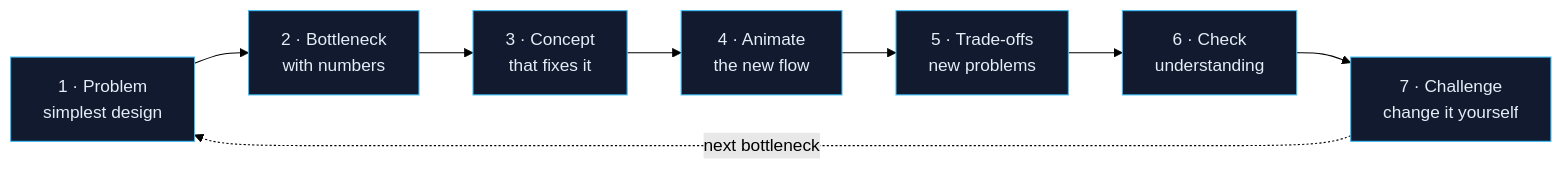
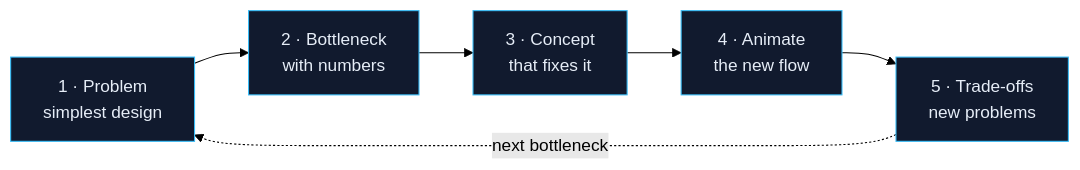
Before and after one commit to TrishamBP/TrishamBP.github.io: the diagram in _garden/system-design.md, drawn with Mermaid (forest theme). The commit also changed other lines of this file and 44 other files, not shown here.

````diff
--- a/_garden/system-design.md
+++ b/_garden/system-design.md
@@ -58,13 +49,11 @@
 ```mermaid
 flowchart LR
   P["1 · Problem<br/>simplest design"] --> B["2 · Bottleneck<br/>with numbers"]
   B --> C["3 · Concept<br/>that fixes it"]
   C --> A["4 · Animate<br/>the new flow"]
   A --> T["5 · Trade-offs<br/>new problems"]
-  T --> Q["6 · Check<br/>understanding"]
-  Q --> X["7 · Challenge<br/>change it yourself"]
-  X -. "next bottleneck" .-> P
+  T -. "next bottleneck" .-> P
 
   classDef s fill:#111a2e,stroke:#38bdf8,color:#e6edf7
-  class P,B,C,A,T,Q,X s
+  class P,B,C,A,T s
 ```
````
